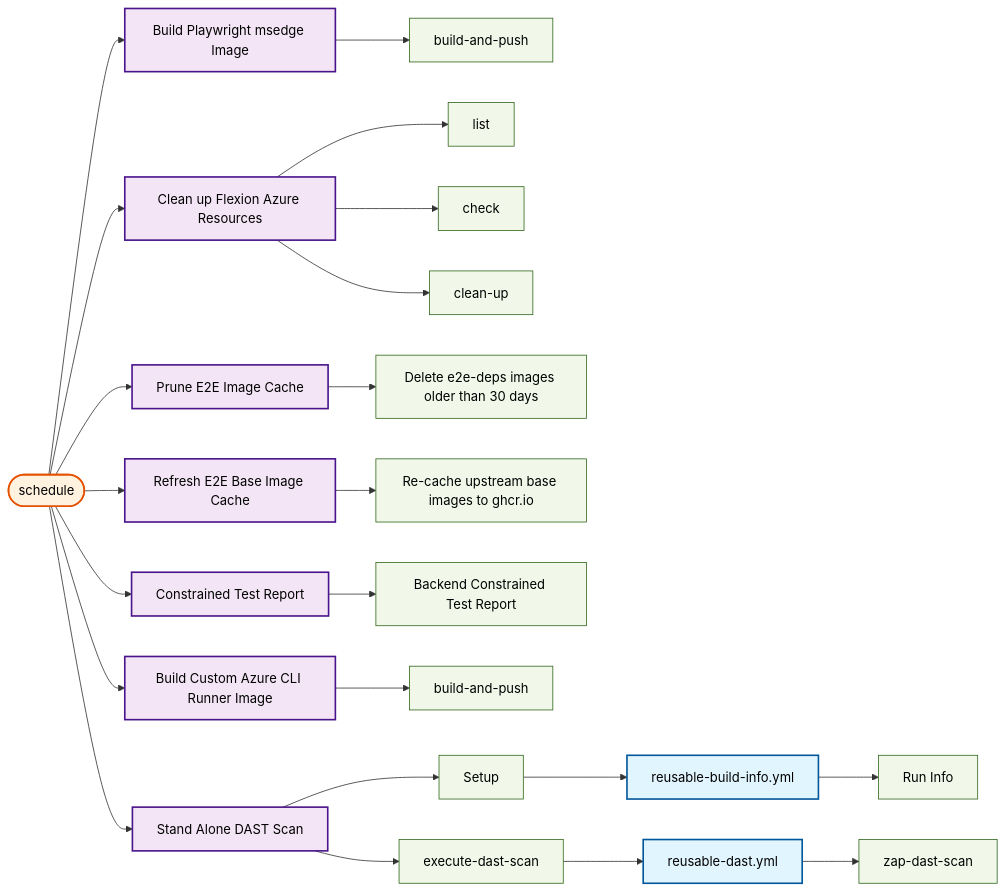
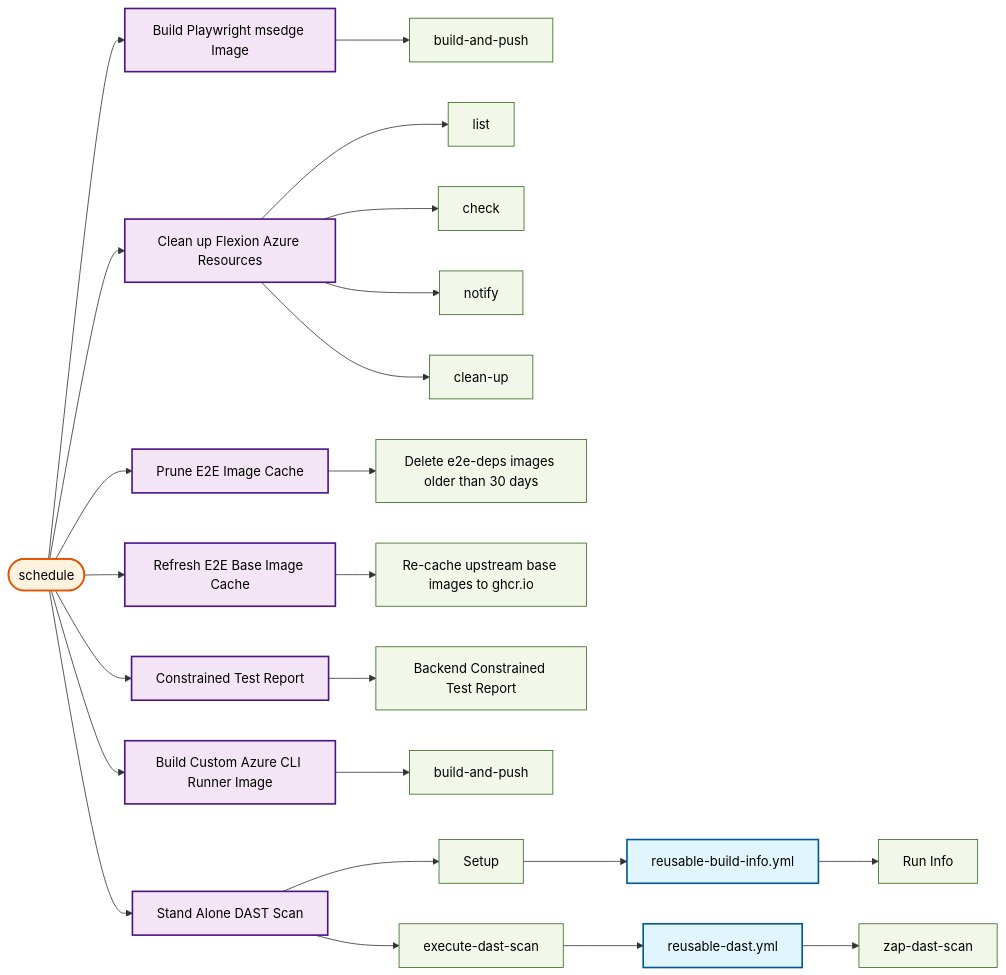
The ninth of 26 diagrams in docs/operations/workflow-diagram.md (US-Trustee-Program/Bankruptcy-Oversight-Support-Systems), drawn with Mermaid before and after one commit. The commit also changed other lines of this file and 1 other file, not shown here.

````diff
--- a/docs/operations/workflow-diagram.md
+++ b/docs/operations/workflow-diagram.md
@@ -481,75 +475,78 @@
 ```mermaid
 flowchart LR
     trigger_schedule(["schedule"])
     build_playwright_msedge_image_yml["Build Playwright msedge Image"]
     build_playwright_msedge_image_yml_build_and_push["build-and-push"]
     azure_remove_branch_yml["Clean up Flexion Azure Resources"]
     azure_remove_branch_yml_list["list"]
     azure_remove_branch_yml_check["check"]
+    azure_remove_branch_yml_notify["notify"]
     azure_remove_branch_yml_clean_up["clean-up"]
     prune_e2e_image_cache_yml["Prune E2E Image Cache"]
     prune_e2e_image_cache_yml_prune["Delete e2e-deps images older than 30 days"]
     refresh_e2e_base_images_yml["Refresh E2E Base Image Cache"]
     refresh_e2e_base_images_yml_refresh["Re-cache upstream base images to ghcr.io"]
     constrained_test_report_yml["Constrained Test Report"]
     constrained_test_report_yml_constrained_test_report["Backend Constrained Test Report"]
     build_azure_cli_image_yml["Build Custom Azure CLI Runner Image"]
     build_azure_cli_image_yml_build_and_push["build-and-push"]
     dast_scan_yml["Stand Alone DAST Scan"]
     dast_scan_yml_setup["Setup"]
     reusable_build_info_yml["reusable-build-info.yml"]
     reusable_build_info_yml_build_info["Run Info"]
     dast_scan_yml_execute_dast_scan["execute-dast-scan"]
     reusable_dast_yml["reusable-dast.yml"]
     reusable_dast_yml_zap_dast_scan["zap-dast-scan"]
 
     trigger_schedule --> build_playwright_msedge_image_yml
     build_playwright_msedge_image_yml --> build_playwright_msedge_image_yml_build_and_push
     trigger_schedule --> azure_remove_branch_yml
     azure_remove_branch_yml --> azure_remove_branch_yml_list
     azure_remove_branch_yml --> azure_remove_branch_yml_check
+    azure_remove_branch_yml --> azure_remove_branch_yml_notify
     azure_remove_branch_yml --> azure_remove_branch_yml_clean_up
     trigger_schedule --> prune_e2e_image_cache_yml
     prune_e2e_image_cache_yml --> prune_e2e_image_cache_yml_prune
     trigger_schedule --> refresh_e2e_base_images_yml
     refresh_e2e_base_images_yml --> refresh_e2e_base_images_yml_refresh
     trigger_schedule --> constrained_test_report_yml
     constrained_test_report_yml --> constrained_test_report_yml_constrained_test_report
     trigger_schedule --> build_azure_cli_image_yml
     build_azure_cli_image_yml --> build_azure_cli_image_yml_build_and_push
     trigger_schedule --> dast_scan_yml
     dast_scan_yml --> dast_scan_yml_setup
     reusable_build_info_yml --> reusable_build_info_yml_build_info
     dast_scan_yml_setup --> reusable_build_info_yml
     dast_scan_yml --> dast_scan_yml_execute_dast_scan
     reusable_dast_yml --> reusable_dast_yml_zap_dast_scan
     dast_scan_yml_execute_dast_scan --> reusable_dast_yml
 
     classDef reusable fill:#e1f5fe,stroke:#01579b,stroke-width:2px,color:#000000
     classDef mainWorkflow fill:#f3e5f5,stroke:#4a148c,stroke-width:2px,color:#000000
     classDef trigger fill:#fff3e0,stroke:#e65100,stroke-width:2px,color:#000000
     classDef job fill:#f1f8e9,stroke:#33691e,stroke-width:1px,color:#000000
 
     class trigger_schedule trigger
     class build_playwright_msedge_image_yml mainWorkflow
     class build_playwright_msedge_image_yml_build_and_push job
     class azure_remove_branch_yml mainWorkflow
     class azure_remove_branch_yml_list job
     class azure_remove_branch_yml_check job
+    class azure_remove_branch_yml_notify job
     class azure_remove_branch_yml_clean_up job
     class prune_e2e_image_cache_yml mainWorkflow
     class prune_e2e_image_cache_yml_prune job
     class refresh_e2e_base_images_yml mainWorkflow
     class refresh_e2e_base_images_yml_refresh job
     class constrained_test_report_yml mainWorkflow
     class constrained_test_report_yml_constrained_test_report job
     class build_azure_cli_image_yml mainWorkflow
     class build_azure_cli_image_yml_build_and_push job
     class dast_scan_yml mainWorkflow
     class dast_scan_yml_setup job
     class reusable_build_info_yml reusable
     class reusable_build_info_yml_build_info job
     class dast_scan_yml_execute_dast_scan job
     class reusable_dast_yml reusable
     class reusable_dast_yml_zap_dast_scan job
 ```
````
